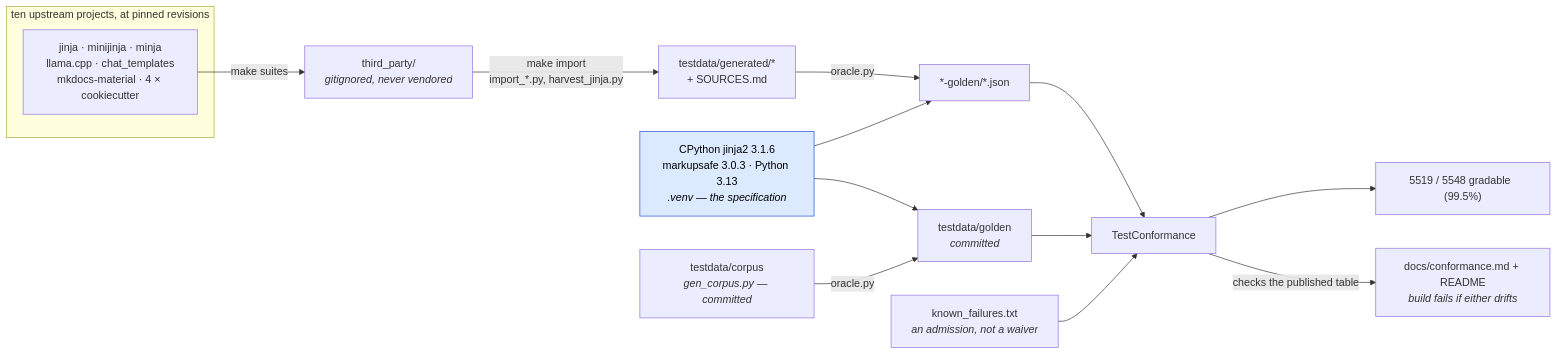
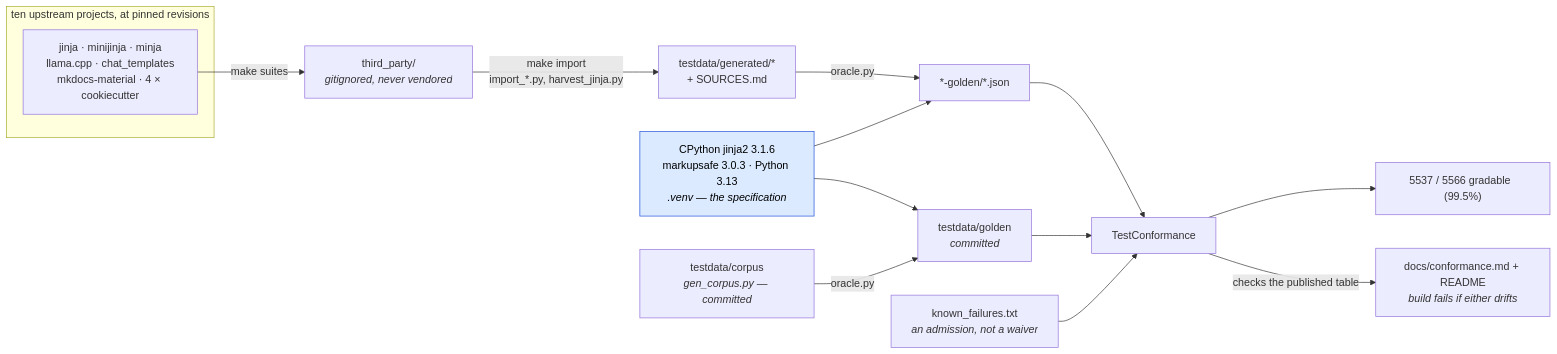
The first of 2 diagrams in docs/conformance.md (mgilbir/gojja2), drawn with Mermaid before and after one commit. The commit also changed other lines of this file and 65 other files, not shown here.

````diff
--- a/docs/conformance.md
+++ b/docs/conformance.md
@@ -17,24 +17,24 @@
 ```mermaid
 flowchart LR
     subgraph up["ten upstream projects, at pinned revisions"]
         U1["jinja · minijinja · minja<br/>llama.cpp · chat_templates<br/>mkdocs-material · 4 × cookiecutter"]
     end
     U1 -->|"make suites"| TP["third_party/<br/><i>gitignored, never vendored</i>"]
     TP -->|"make import<br/>import_*.py, harvest_jinja.py"| GEN["testdata/generated/*<br/>+ SOURCES.md"]
 
     ORA["CPython jinja2 3.1.6<br/>markupsafe 3.0.3 · Python 3.13<br/><i>.venv — the specification</i>"]
     GEN -->|"oracle.py"| G2["*-golden/*.json"]
     ORA --> G2
 
     OWN["testdata/corpus<br/><i>gen_corpus.py — committed</i>"] -->|"oracle.py"| G1["testdata/golden<br/><i>committed</i>"]
     ORA --> G1
 
     G1 --> TC["TestConformance"]
     G2 --> TC
     KF["known_failures.txt<br/><i>an admission, not a waiver</i>"] --> TC
-    TC --> RATE["5519 / 5548 gradable  (99.5%)"]
+    TC --> RATE["5537 / 5566 gradable  (99.5%)"]
     TC -->|"checks the published table"| RM["docs/conformance.md + README<br/><i>build fails if either drifts</i>"]
 
     classDef spec fill:#dbeafe,stroke:#1d4ed8,color:#000
     class ORA spec
 ```
````
